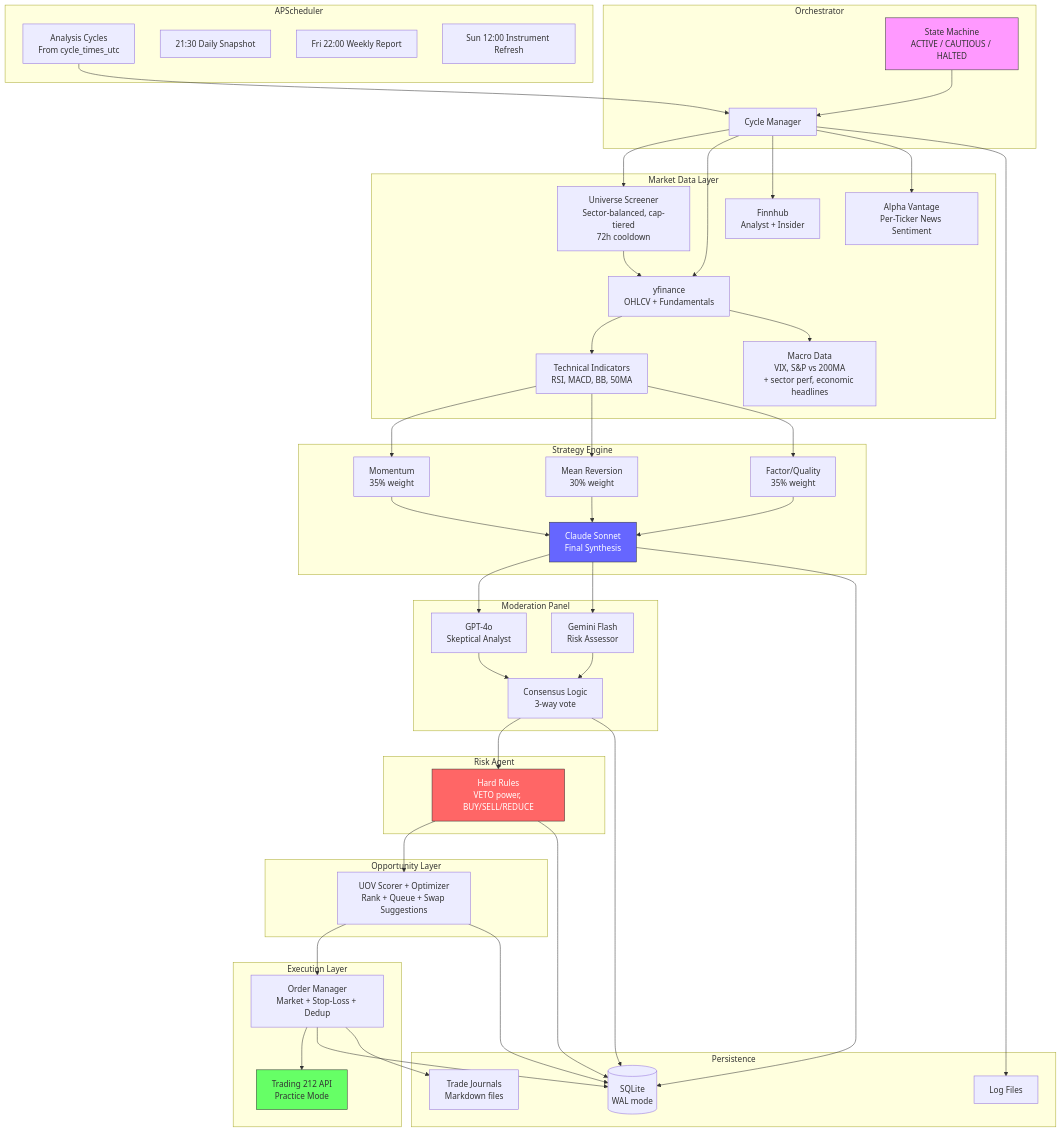
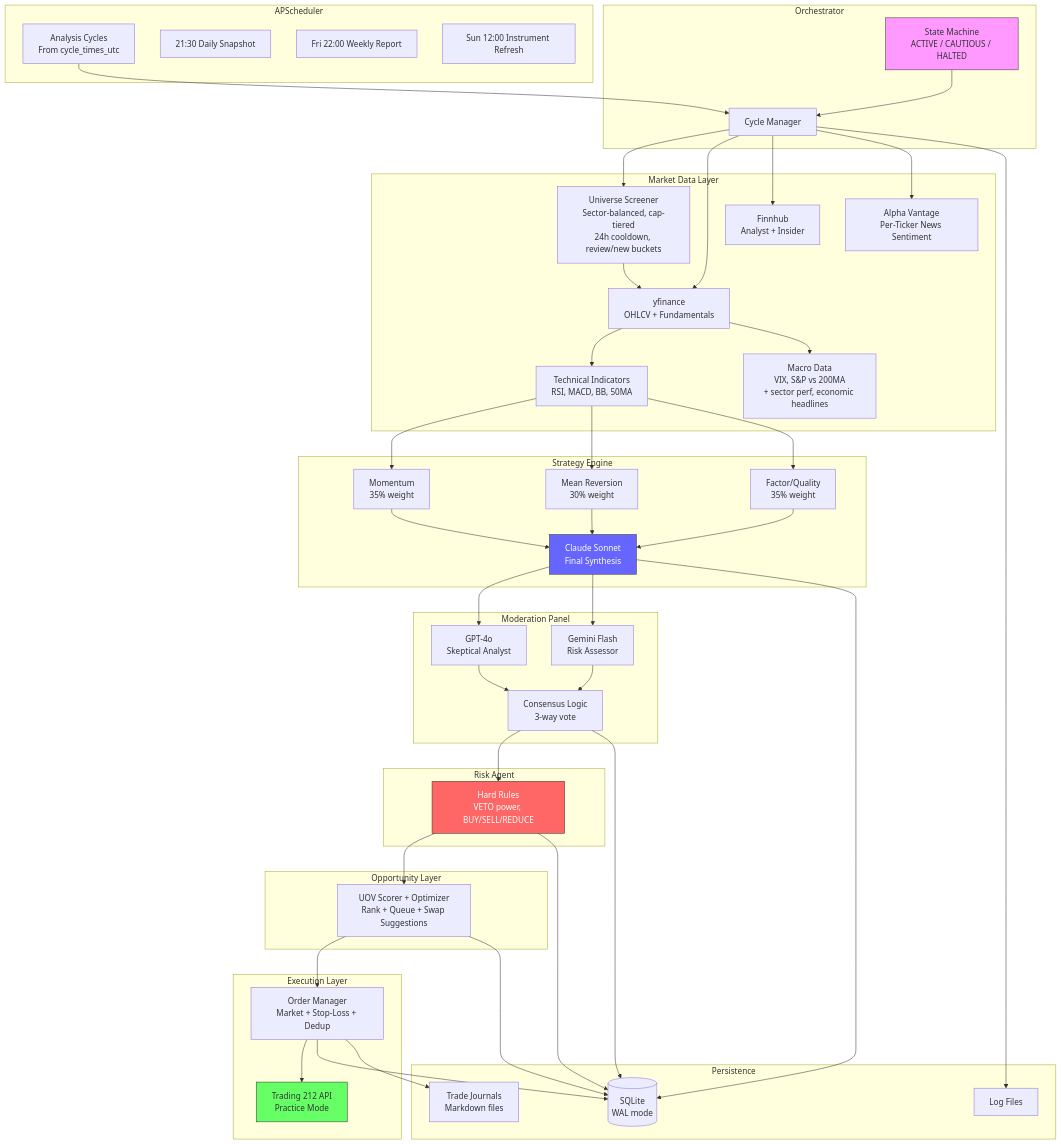
One commit to zenouz-ai/zeninvest changed the first of 5 diagrams in docs/ARCHITECTURE.md. Above: the diagram before and after it, drawn with Mermaid. The commit also changed other lines of this file and 37 other files, not shown here.

```diff
--- a/docs/ARCHITECTURE.md
+++ b/docs/ARCHITECTURE.md
@@ -318,7 +323,7 @@
         AV[Alpha Vantage<br/>Per-Ticker News Sentiment]
         IND[Technical Indicators<br/>RSI, MACD, BB, 50MA]
         MACRO[Macro Data<br/>VIX, S&P vs 200MA<br/>+ sector perf, economic headlines]
-        UNIV[Universe Screener<br/>Sector-balanced, cap-tiered<br/>72h cooldown]
+        UNIV[Universe Screener<br/>Sector-balanced, cap-tiered<br/>24h cooldown, review/new buckets]
     end
 
     subgraph Strategy["Strategy Engine"]
```
